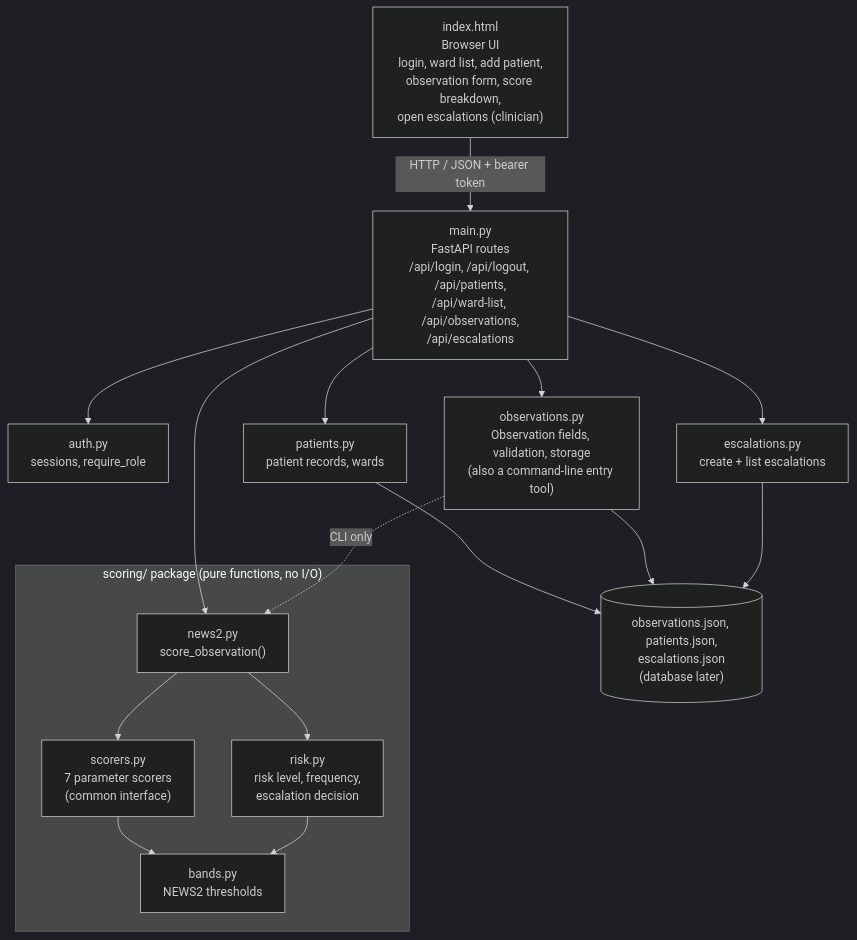
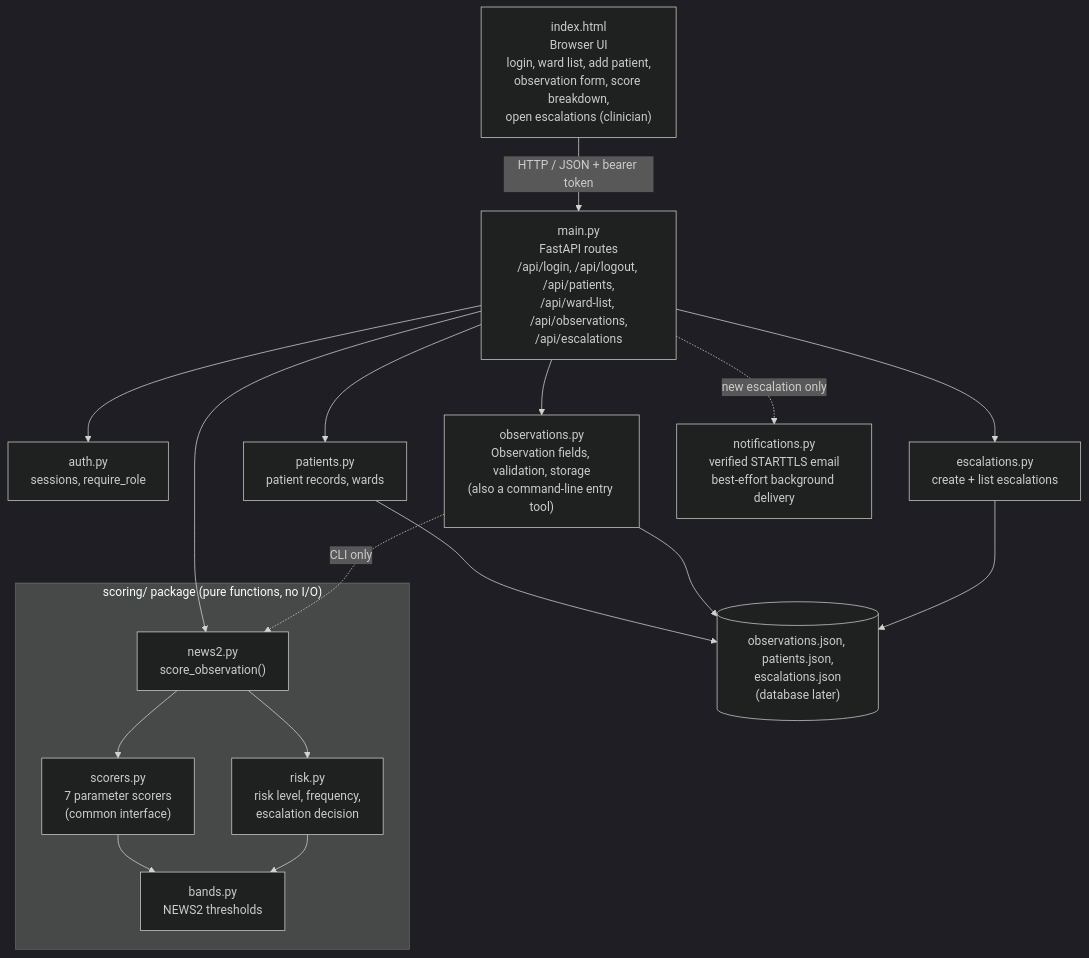
Before and after one commit to n85mith/COMP3415-GROUP_PROJECT: the diagram in docs/ARCHITECTURE.md, drawn with Mermaid (dark theme). The commit also changed other lines of this file and 9 other files, not shown here.

Commit message:
Add escalation email notifications and tests

````diff
--- a/docs/ARCHITECTURE.md
+++ b/docs/ARCHITECTURE.md
@@ -5,31 +5,33 @@
 ```mermaid
 flowchart TD
     UI["index.html<br/>Browser UI<br/>login, ward list, add patient,<br/>observation form, score breakdown,<br/>open escalations (clinician)"]
     API["main.py<br/>FastAPI routes<br/>/api/login, /api/logout, /api/patients,<br/>/api/ward-list, /api/observations,<br/>/api/escalations"]
     AUTH["auth.py<br/>sessions, require_role"]
     PAT["patients.py<br/>patient records, wards"]
     OBS["observations.py<br/>Observation fields, validation, storage<br/>(also a command-line entry tool)"]
     ESC["escalations.py<br/>create + list escalations"]
+    EMAIL["notifications.py<br/>verified STARTTLS email<br/>best-effort background delivery"]
     subgraph SCORING["scoring/ package (pure functions, no I/O)"]
         NEWS["news2.py<br/>score_observation()"]
         SCORERS["scorers.py<br/>7 parameter scorers<br/>(common interface)"]
         BANDS["bands.py<br/>NEWS2 thresholds"]
         RISK["risk.py<br/>risk level, frequency,<br/>escalation decision"]
     end
     STORE[("observations.json, patients.json,<br/>escalations.json<br/>(database later)")]
 
     UI -- "HTTP / JSON + bearer token" --> API
     API --> AUTH
     API --> PAT
     API --> OBS
     API --> NEWS
     API --> ESC
+    API -. "new escalation only" .-> EMAIL
     PAT --> STORE
     OBS --> STORE
     ESC --> STORE
     OBS -.->|CLI only| NEWS
     NEWS --> SCORERS
     NEWS --> RISK
     SCORERS --> BANDS
     RISK --> BANDS
 ```
````
